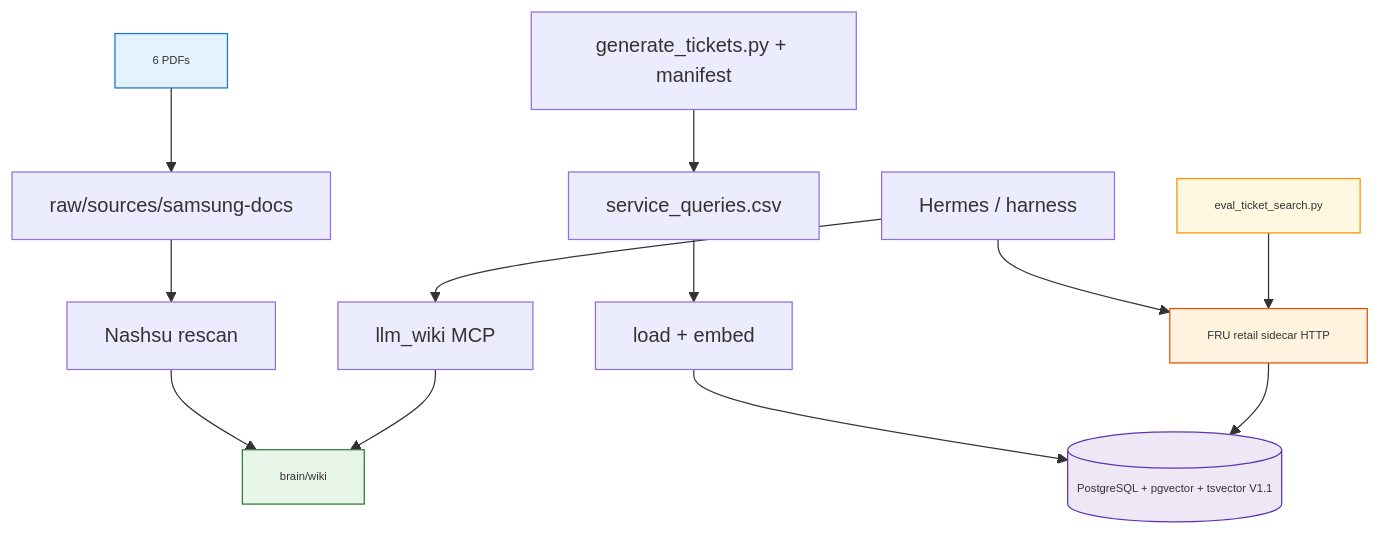
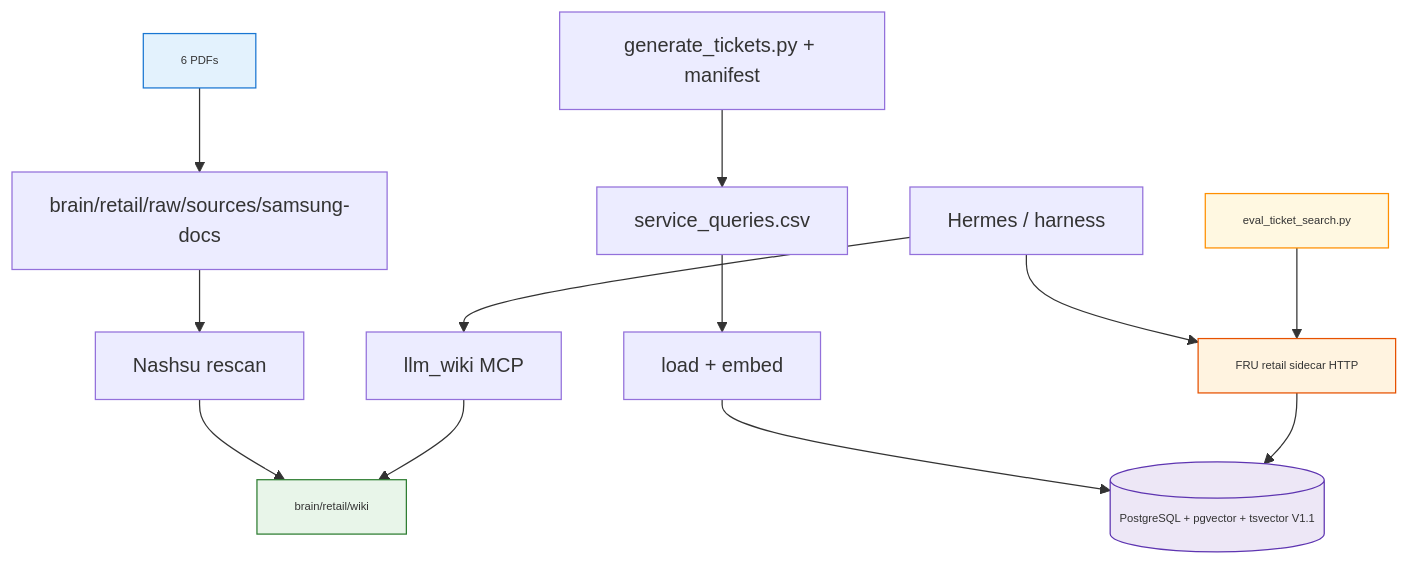
One commit to horselord-joe-8053/second-brain changed the first of 2 diagrams in docs_manual_gen/todos/TODO_SAMSUNG_RETAIL_STRUCTURED_DATA_AND_WIKI.md. Above: the diagram before and after it, drawn with Mermaid. The commit also changed other lines of this file and 76 other files, not shown here.

First line of the commit message:
Add Samsung retail ticket brain: PG hybrid search, eval, and Phase 6 prep.

````diff
--- a/docs_manual_gen/todos/TODO_SAMSUNG_RETAIL_STRUCTURED_DATA_AND_WIKI.md
+++ b/docs_manual_gen/todos/TODO_SAMSUNG_RETAIL_STRUCTURED_DATA_AND_WIKI.md
@@ -99,21 +119,21 @@
 ```mermaid
 graph TD
-  PDF[6 PDFs] --> RAW[raw/sources/samsung-docs]
+  PDF[6 PDFs] --> RAW[brain/retail/raw/sources/samsung-docs]
   GEN[generate_tickets.py + manifest] --> CSV[service_queries.csv]
   CSV --> LOAD[load + embed]
   LOAD --> PG[(PostgreSQL + pgvector + tsvector V1.1)]
   RAW --> SW[Nashsu rescan]
-  SW --> WIKI[brain/wiki]
+  SW --> WIKI[brain/retail/wiki]
   AGENT[Hermes / harness]
   AGENT --> MCPW[llm_wiki MCP]
   AGENT --> FRU[FRU retail sidecar HTTP]
   FRU --> PG
   MCPW --> WIKI
   EVAL[eval_ticket_search.py] --> FRU
 
   style PDF fill:#e3f2fd,stroke:#1976d2,stroke-width:1px,font-size:9px
   style PG fill:#ede7f6,stroke:#5e35b1,stroke-width:1px,font-size:9px
   style WIKI fill:#e8f5e9,stroke:#2e7d32,stroke-width:1px,font-size:9px
   style FRU fill:#fff3e0,stroke:#e65100,stroke-width:1px,font-size:9px
   style EVAL fill:#fff8e1,stroke:#ff8f00,stroke-width:1px,font-size:9px
 ```
````
